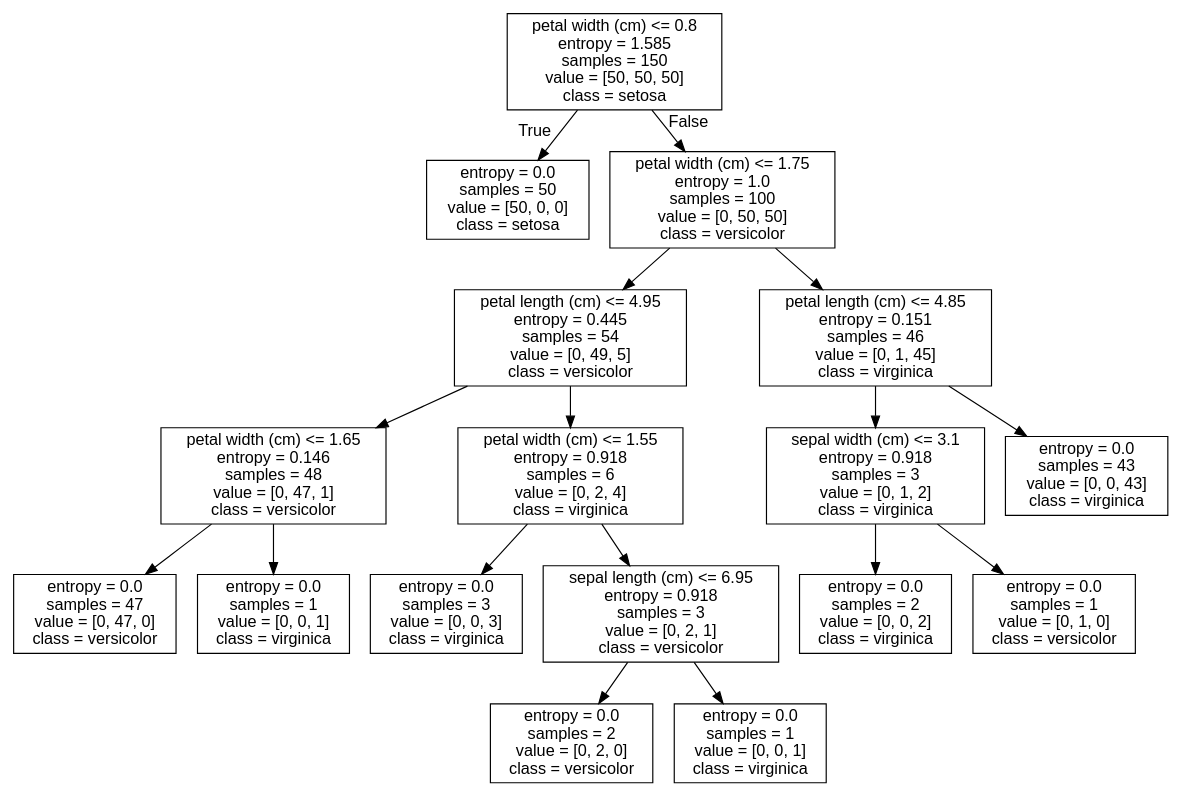
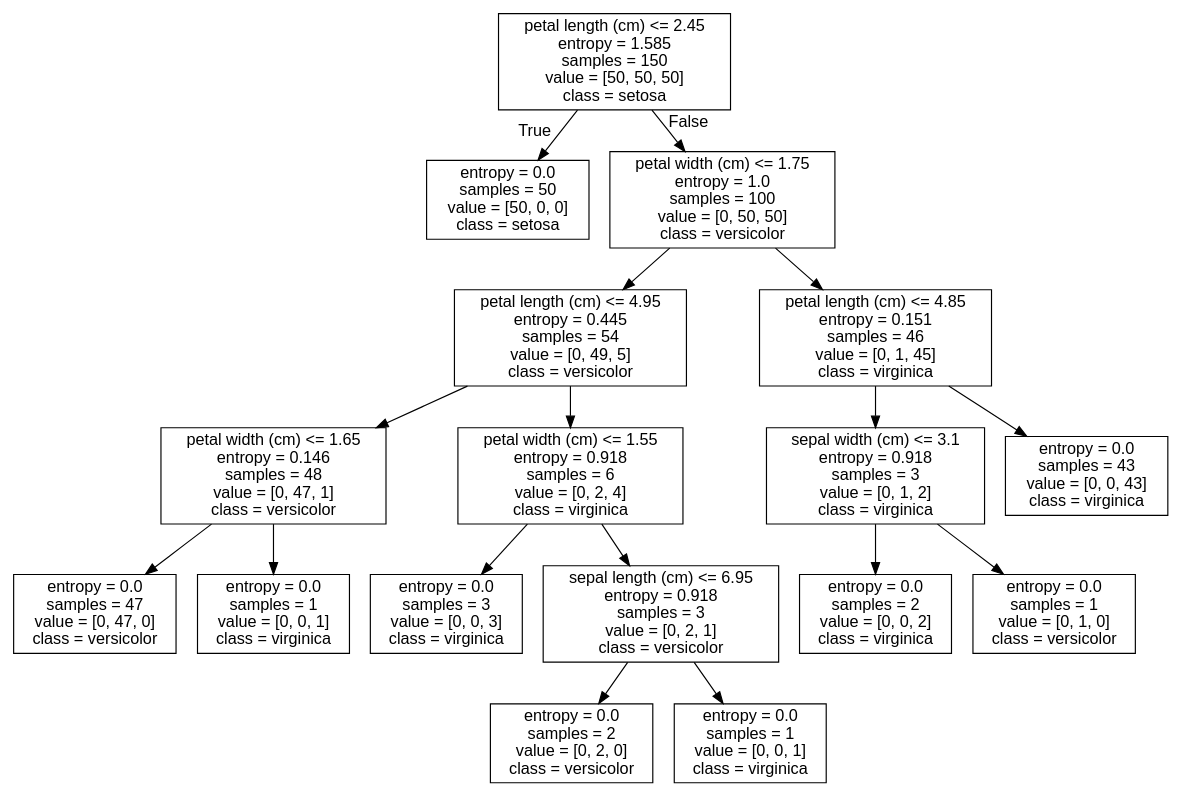
One commit to lgmueller/enpm808L changed the diagram in iris2.dot. Above: the diagram before and after it, drawn with Graphviz. The commit also changed 8 other files, not shown here.

```diff
--- a/iris2.dot
+++ b/iris2.dot
@@ -1,37 +1,37 @@
 digraph Tree {
 node [shape=box, fontname="helvetica"] ;
 edge [fontname="helvetica"] ;
-0 [label="petal width (cm) <= 0.8\nentropy = 1.585\nsamples = 150\nvalue = [50, 50, 50]\nclass = setosa"] ;
+0 [label="petal length (cm) <= 2.45\nentropy = 1.585\nsamples = 150\nvalue = [50, 50, 50]\nclass = setosa"] ;
 1 [label="entropy = 0.0\nsamples = 50\nvalue = [50, 0, 0]\nclass = setosa"] ;
 0 -> 1 [labeldistance=2.5, labelangle=45, headlabel="True"] ;
 2 [label="petal width (cm) <= 1.75\nentropy = 1.0\nsamples = 100\nvalue = [0, 50, 50]\nclass = versicolor"] ;
 0 -> 2 [labeldistance=2.5, labelangle=-45, headlabel="False"] ;
 3 [label="petal length (cm) <= 4.95\nentropy = 0.445\nsamples = 54\nvalue = [0, 49, 5]\nclass = versicolor"] ;
 2 -> 3 ;
 4 [label="petal width (cm) <= 1.65\nentropy = 0.146\nsamples = 48\nvalue = [0, 47, 1]\nclass = versicolor"] ;
 3 -> 4 ;
 5 [label="entropy = 0.0\nsamples = 47\nvalue = [0, 47, 0]\nclass = versicolor"] ;
 4 -> 5 ;
 6 [label="entropy = 0.0\nsamples = 1\nvalue = [0, 0, 1]\nclass = virginica"] ;
 4 -> 6 ;
 7 [label="petal width (cm) <= 1.55\nentropy = 0.918\nsamples = 6\nvalue = [0, 2, 4]\nclass = virginica"] ;
 3 -> 7 ;
 8 [label="entropy = 0.0\nsamples = 3\nvalue = [0, 0, 3]\nclass = virginica"] ;
 7 -> 8 ;
 9 [label="sepal length (cm) <= 6.95\nentropy = 0.918\nsamples = 3\nvalue = [0, 2, 1]\nclass = versicolor"] ;
 7 -> 9 ;
 10 [label="entropy = 0.0\nsamples = 2\nvalue = [0, 2, 0]\nclass = versicolor"] ;
 9 -> 10 ;
 11 [label="entropy = 0.0\nsamples = 1\nvalue = [0, 0, 1]\nclass = virginica"] ;
 9 -> 11 ;
 12 [label="petal length (cm) <= 4.85\nentropy = 0.151\nsamples = 46\nvalue = [0, 1, 45]\nclass = virginica"] ;
 2 -> 12 ;
 13 [label="sepal width (cm) <= 3.1\nentropy = 0.918\nsamples = 3\nvalue = [0, 1, 2]\nclass = virginica"] ;
 12 -> 13 ;
 14 [label="entropy = 0.0\nsamples = 2\nvalue = [0, 0, 2]\nclass = virginica"] ;
 13 -> 14 ;
 15 [label="entropy = 0.0\nsamples = 1\nvalue = [0, 1, 0]\nclass = versicolor"] ;
 13 -> 15 ;
 16 [label="entropy = 0.0\nsamples = 43\nvalue = [0, 0, 43]\nclass = virginica"] ;
 12 -> 16 ;
 }
```
